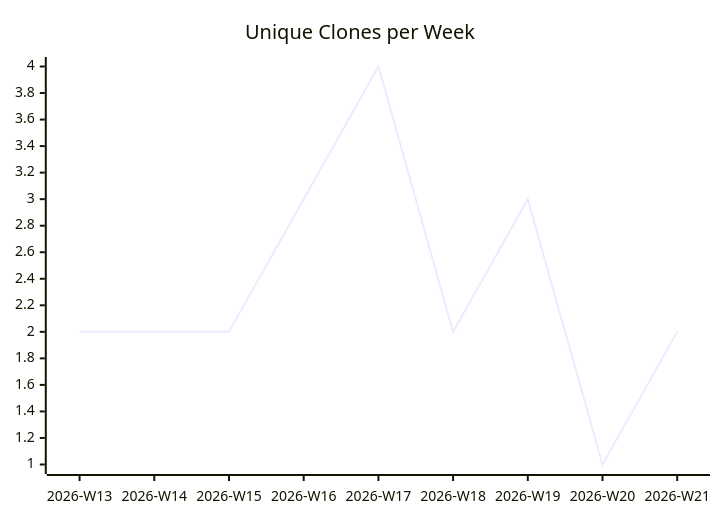
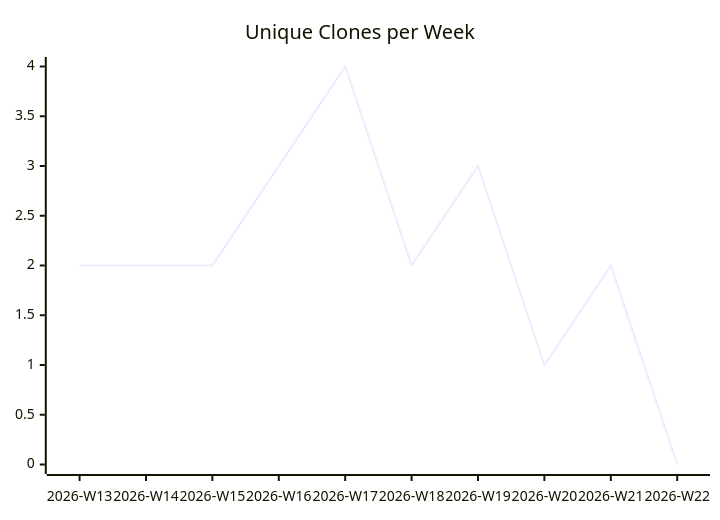
One commit to justdavis-family/github-analytics-data changed the third of 3 diagrams in karlmdavis/bbonfhir-dev-infra-docker/README.md. Above: the diagram before and after it, drawn with Mermaid. The commit also changed other lines of this file and 190 other files, not shown here.

````diff
--- a/karlmdavis/bbonfhir-dev-infra-docker/README.md
+++ b/karlmdavis/bbonfhir-dev-infra-docker/README.md
@@ -19,6 +19,6 @@
 ```mermaid
 xychart-beta
   title "Unique Clones per Week"
-  x-axis ["2026-W13", "2026-W14", "2026-W15", "2026-W16", "2026-W17", "2026-W18", "2026-W19", "2026-W20", "2026-W21"]
-  line [2, 2, 2, 3, 4, 2, 3, 1, 2]
+  x-axis ["2026-W13", "2026-W14", "2026-W15", "2026-W16", "2026-W17", "2026-W18", "2026-W19", "2026-W20", "2026-W21", "2026-W22"]
+  line [2, 2, 2, 3, 4, 2, 3, 1, 2, 0]
 ```
````
